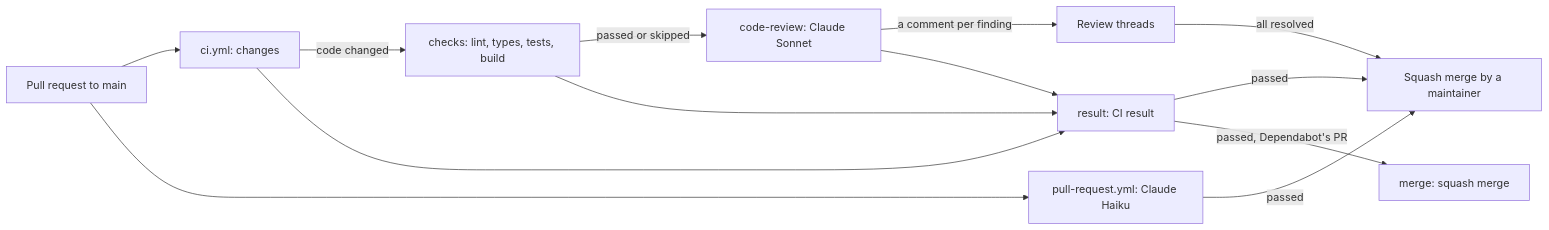
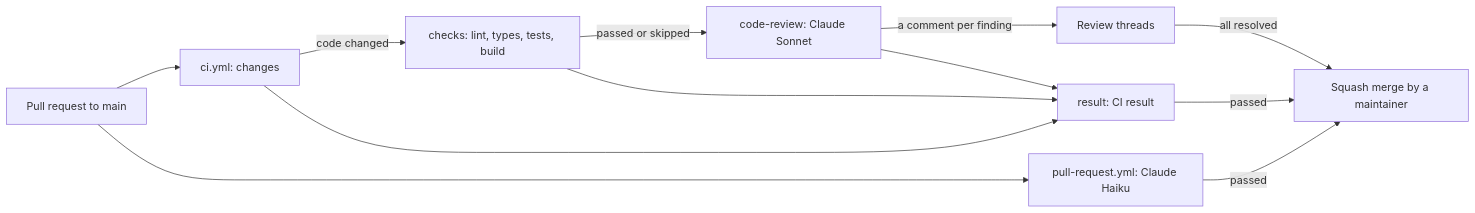
One commit to froazin/action-wsl-setup changed the diagram in docs/ci.md. Above: the diagram before and after it, drawn with Mermaid. The commit also changed other lines of this file and 9 other files, not shown here.

First line of the commit message:
ci(ci): Name release branches release/vN, and drop the Dependabot merge

````diff
--- a/docs/ci.md
+++ b/docs/ci.md
@@ -22,17 +21,16 @@
 ```mermaid
 flowchart LR
     accTitle: The workflows that run on a pull request
-    accDescr: A pull request to main starts two workflows. In ci.yml, the changes job decides whether code changed. The checks job runs the lint, type check, unit tests and build when it did. The code-review job runs Claude Sonnet when the checks passed or weren't needed, and comments on the pull request. The result job fails unless every job passed or was skipped. pull-request.yml runs Claude Haiku on the title and description. Once both checks pass and every thread is resolved, a maintainer merges the pull request. For Dependabot's, the merge job does once the result job passes.
+    accDescr: A pull request to main starts two workflows. In ci.yml, the changes job decides whether code changed. The checks job runs the lint, type check, unit tests and build when it did. The code-review job runs Claude Sonnet when the checks passed or weren't needed, and comments on the pull request. The result job fails unless every job passed or was skipped. pull-request.yml runs Claude Haiku on the title and description. Once both checks pass and every thread is resolved, a maintainer merges the pull request.
     pr[Pull request to main] --> changes[ci.yml: changes]
     changes -->|code changed| checks[checks: lint, types, tests, build]
     checks -->|passed or skipped| review[code-review: Claude Sonnet]
     review -->|a comment per finding| threads[Review threads]
     changes --> result[result: CI result]
     checks --> result
     review --> result
     pr --> title[pull-request.yml: Claude Haiku]
     result -->|passed| merge[Squash merge by a maintainer]
     title -->|passed| merge
     threads -->|all resolved| merge
-    result -->|passed, Dependabot's PR| bot[merge: squash merge]
 ```
````
